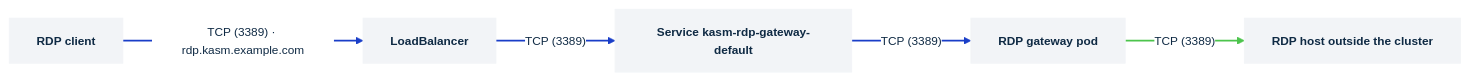
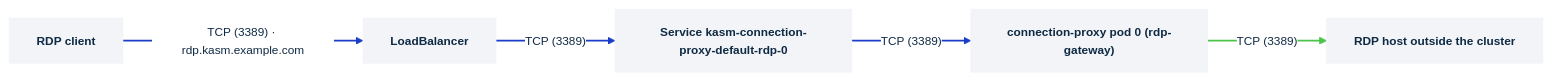
The diagram in docs/how-to/networking/rdp-gateway.md (kasmtech/kasm-helm), drawn with Mermaid before and after one commit. The commit also changed other lines of this file and 6 other files, not shown here.

First line of the commit message:
Docs: follow the connection-proxy consolidation

````diff
--- a/docs/how-to/networking/rdp-gateway.md
+++ b/docs/how-to/networking/rdp-gateway.md
@@ -13,16 +15,16 @@
 ```mermaid
 %%{init: {"theme":"base","themeVariables":{"background":"#ffffff","primaryColor":"#f2f4f7","primaryBorderColor":"#f2f4f7","primaryTextColor":"#0f2a44","lineColor":"#0f2a44","clusterBkg":"#ffffff","clusterBorder":"#4a4a4a","edgeLabelBackground":"#ffffff","fontFamily":"Montserrat, Helvetica, Arial, sans-serif","fontSize":"13px"},"flowchart":{"curve":"linear","htmlLabels":true,"nodeSpacing":36,"rankSpacing":64}}}%%
 flowchart LR
   rdp["RDP client"]:::card
   lb["LoadBalancer"]:::card
-  svc["Service kasm-rdp-gateway-default"]:::card
-  gwpod["RDP gateway pod"]:::card
+  svc["Service kasm-connection-proxy-default-rdp-0"]:::card
+  gwpod["connection-proxy pod 0 (rdp-gateway)"]:::card
   host["RDP host outside the cluster"]:::card
   rdp -->|"TCP (3389) · rdp.kasm.example.com"| lb
   lb -->|"TCP (3389)"| svc
   svc -->|"TCP (3389)"| gwpod
   gwpod -->|"TCP (3389)"| host
   classDef card fill:#f2f4f7,stroke:#f2f4f7,color:#0f2a44,font-weight:600
   linkStyle 0,1,2 stroke:#1a3ec8,stroke-width:2px
   linkStyle 3 stroke:#4cc44c,stroke-width:2px
 ```
````
